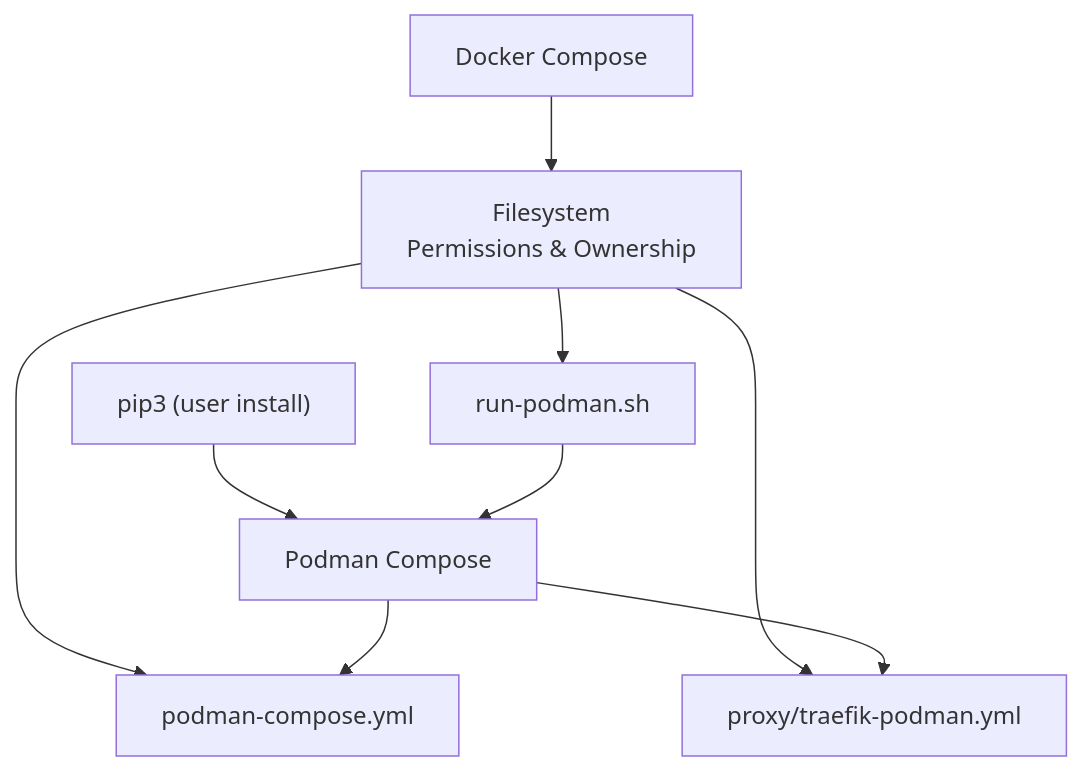
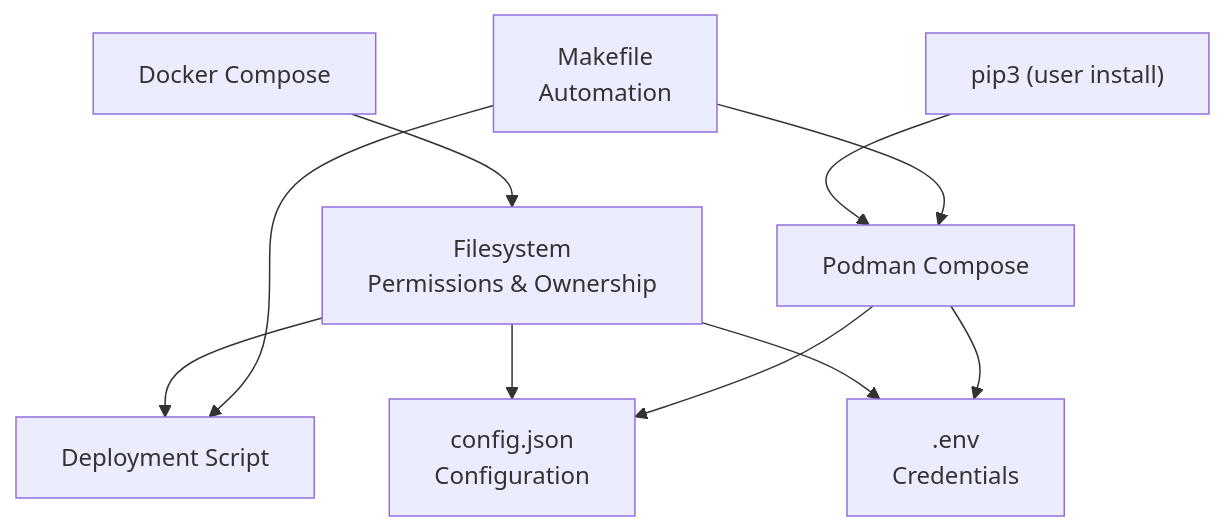
Before and after one commit to pnandasa-aide/gluesync-cli: the second of 2 diagrams in .qoder/repowiki/en/content/Migration Process.md, drawn with Mermaid. The commit also changed other lines of this file and 97 other files, not shown here.

````diff
--- a/.qoder/repowiki/en/content/Migration Process.md
+++ b/.qoder/repowiki/en/content/Migration Process.md
@@ -149,18 +195,20 @@
 ```mermaid
 graph TB
 Docker["Docker Compose"]
 FS["Filesystem<br/>Permissions & Ownership"]
 Pip["pip3 (user install)"]
 PC["Podman Compose"]
-Script["run-podman.sh"]
-ComposeYaml["podman-compose.yml"]
-TraefikYaml["proxy/traefik-podman.yml"]
+Make["Makefile<br/>Automation"]
+Script["Deployment Script"]
+Env[".env<br/>Credentials"]
+Config["config.json<br/>Configuration"]
 Docker --> FS
 FS --> Script
-FS --> ComposeYaml
-FS --> TraefikYaml
+FS --> Config
+FS --> Env
 Pip --> PC
-Script --> PC
-PC --> ComposeYaml
-PC --> TraefikYaml
+Make --> PC
+Make --> Script
+PC --> Config
+PC --> Env
 ```
````
